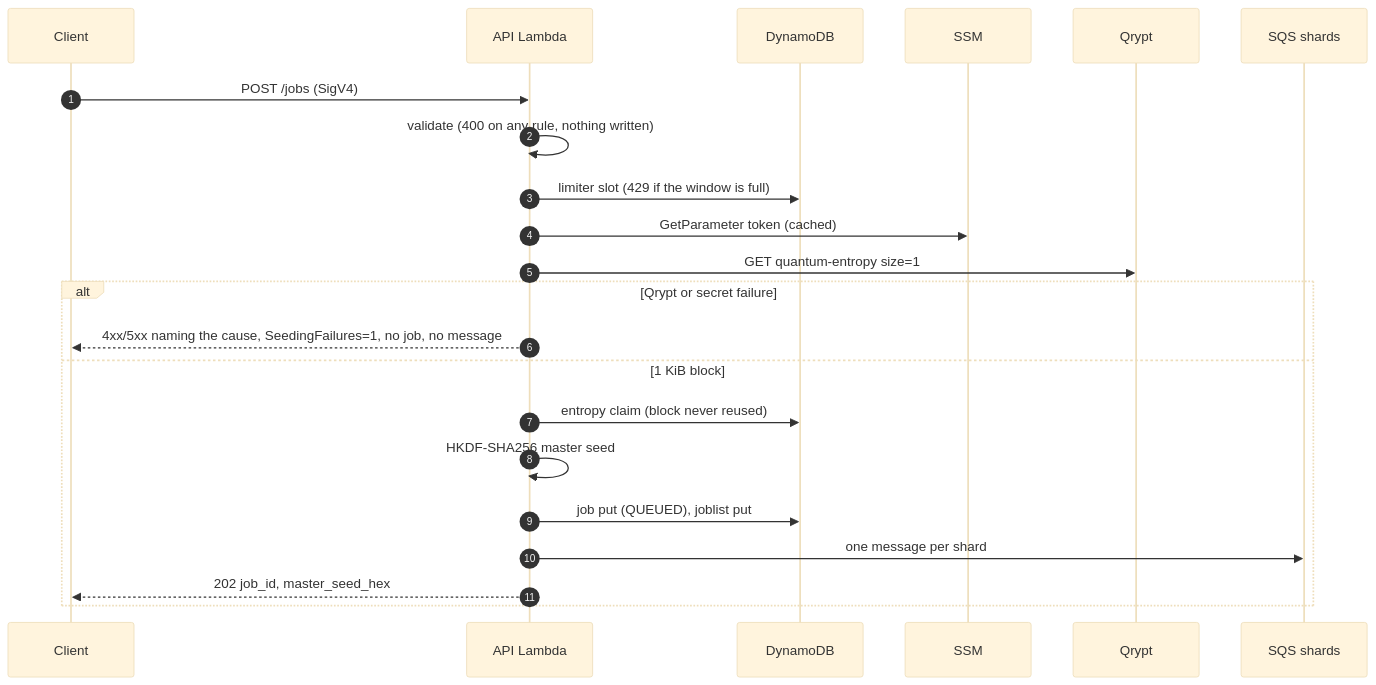
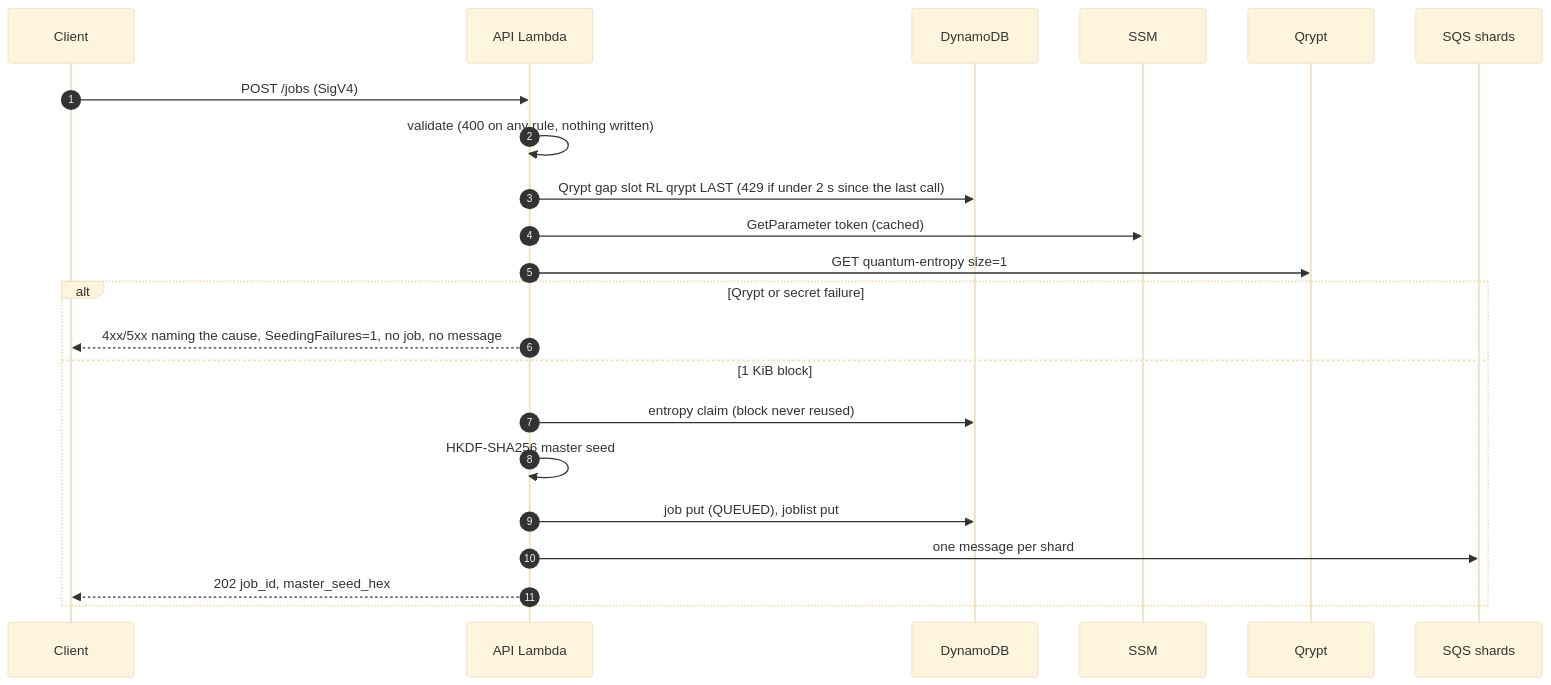
Before and after one commit to jrmcgirr/quantum-seeded-monte-carlo: the second of 3 diagrams in docs/ARCHITECTURE.md, drawn with Mermaid (base theme).

Commit message:
WS5: QMC-152 submit diagram uses the 2 s Qrypt gap (D10)

````diff
--- a/docs/ARCHITECTURE.md
+++ b/docs/ARCHITECTURE.md
@@ -82,24 +82,24 @@
 ```mermaid
 sequenceDiagram
     autonumber
     participant C as Client
     participant A as API Lambda
     participant D as DynamoDB
     participant S as SSM
     participant Q as Qrypt
     participant M as SQS shards
     C->>A: POST /jobs (SigV4)
     A->>A: validate (400 on any rule, nothing written)
-    A->>D: limiter slot (429 if the window is full)
+    A->>D: Qrypt gap slot RL qrypt LAST (429 if under 2 s since the last call)
     A->>S: GetParameter token (cached)
     A->>Q: GET quantum-entropy size=1
     alt Qrypt or secret failure
         A-->>C: 4xx/5xx naming the cause, SeedingFailures=1, no job, no message
     else 1 KiB block
         A->>D: entropy claim (block never reused)
         A->>A: HKDF-SHA256 master seed
         A->>D: job put (QUEUED), joblist put
         A->>M: one message per shard
         A-->>C: 202 job_id, master_seed_hex
     end
 ```
````
